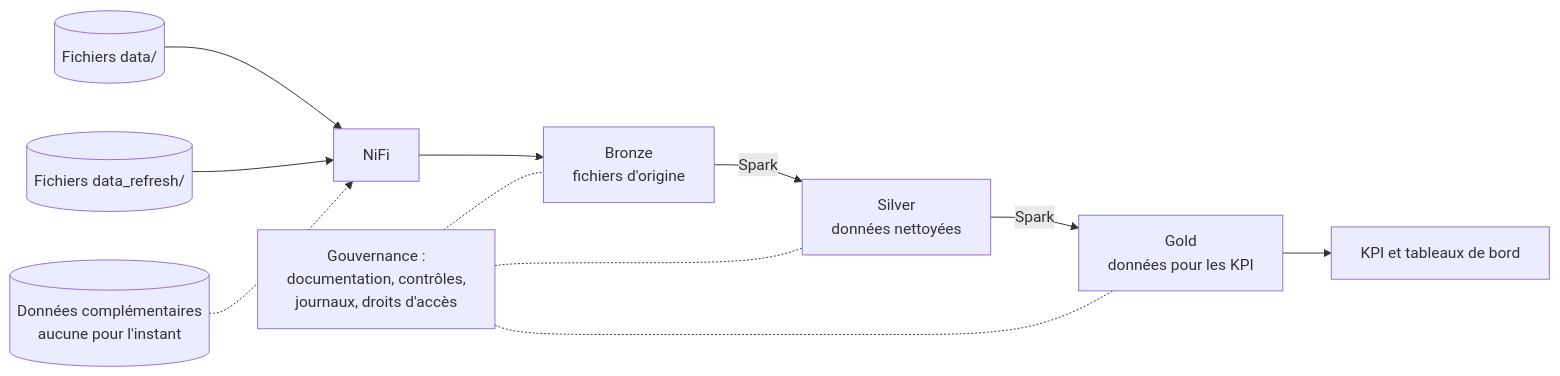
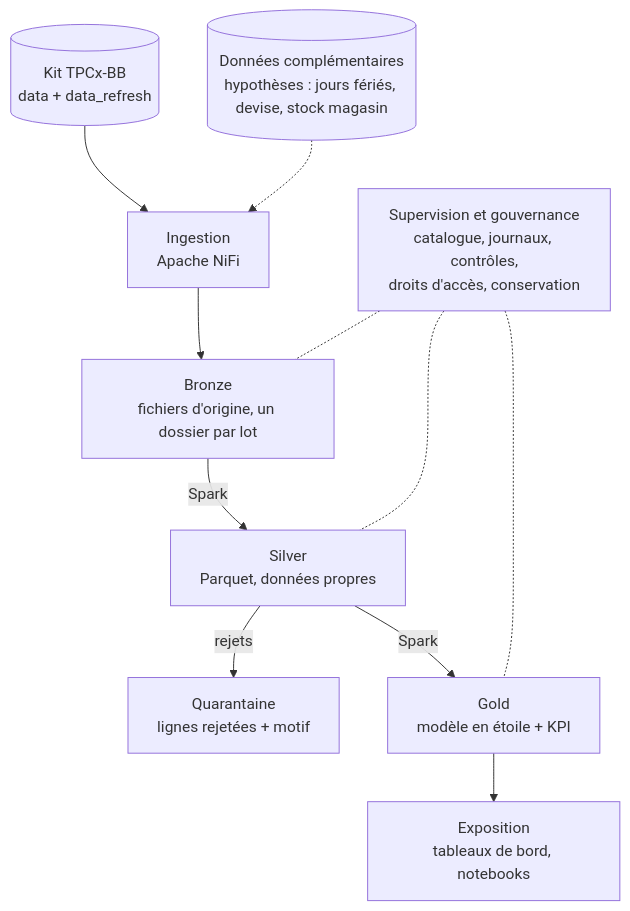
The diagram in 02_UC02_architecture/UC02_architecture_cible.md (NoahBELLO/J1_Retail_Intelligence), drawn with Mermaid before and after one commit. The commit also changed other lines of this file and 6 other files, not shown here.

````diff
--- a/02_UC02_architecture/UC02_architecture_cible.md
+++ b/02_UC02_architecture/UC02_architecture_cible.md
@@ -5,11 +9,11 @@
 ```mermaid
-flowchart LR
-    S1[(Fichiers data/)] --> N[NiFi]
-    S2[(Fichiers data_refresh/)] --> N
-    S3[(Données complémentaires<br>aucune pour l'instant)] -.-> N
-    N --> B[Bronze<br>fichiers d'origine]
-    B -->|Spark| SV[Silver<br>données nettoyées]
-    SV -->|Spark| G[Gold<br>données pour les KPI]
-    G --> K[KPI et tableaux de bord]
-    GOV[Gouvernance :<br>documentation, contrôles,<br>journaux, droits d'accès] -.- B & SV & G
+flowchart TB
+    S1[(Kit TPCx-BB<br>data + data_refresh)] --> N[Ingestion<br>Apache NiFi]
+    S2[(Données complémentaires<br>hypothèses : jours fériés, devise, stock magasin)] -.-> N
+    N --> B[Bronze<br>fichiers d'origine, un dossier par lot]
+    B -->|Spark| SV[Silver<br>Parquet, données propres]
+    SV -->|rejets| Q[Quarantaine<br>lignes rejetées + motif]
+    SV -->|Spark| G[Gold<br>modèle en étoile + KPI]
+    G --> K[Exposition<br>tableaux de bord, notebooks]
+    GOV[Supervision et gouvernance<br>catalogue, journaux, contrôles,<br>droits d'accès, conservation] -.- B & SV & G
 ```
````
